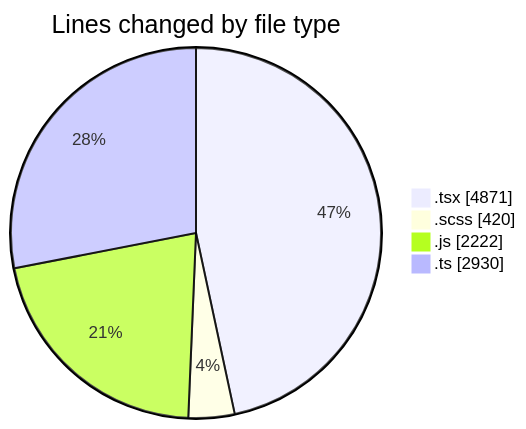
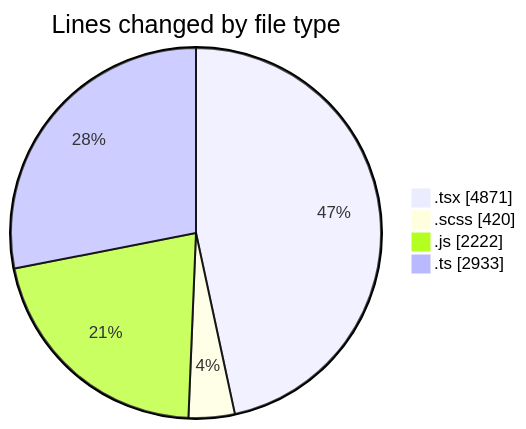
One commit to momahboobian/code-tracking changed the first of 2 diagrams in 2026-06-17/cda/README.md. Above: the diagram before and after it, drawn with Mermaid. The commit also changed other lines of this file and 1 other file, not shown here.

````diff
--- a/2026-06-17/cda/README.md
+++ b/2026-06-17/cda/README.md
@@ -60,8 +60,8 @@
 ```mermaid
 pie showData
 title Lines changed by file type
 ".tsx" : 4871
 ".scss" : 420
 ".js" : 2222
-".ts" : 2930
+".ts" : 2933
 ```
````
